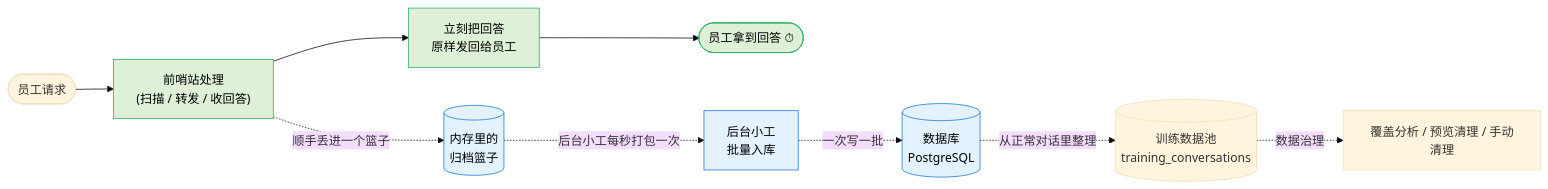
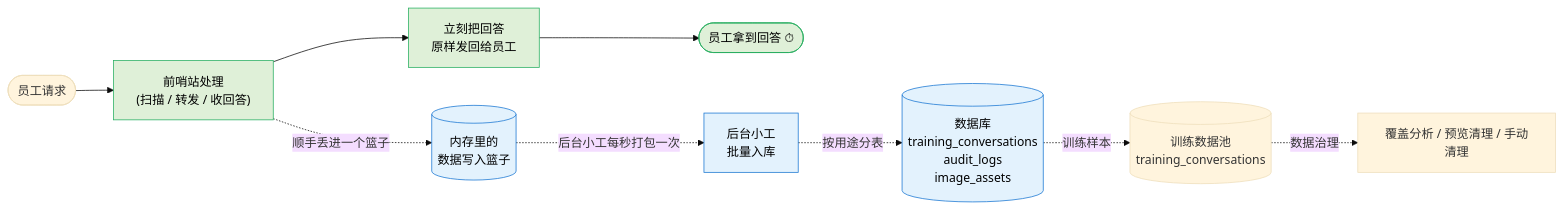
The diagram in 产品研发控制/科普流程图/S7_数据是怎么存下来的.md (WarwickSong/NF-SafetyHub), drawn with Mermaid (base theme) before and after one commit. The commit also changed other lines of this file and 39 other files, not shown here.

````diff
--- a/产品研发控制/科普流程图/S7_数据是怎么存下来的.md
+++ b/产品研发控制/科普流程图/S7_数据是怎么存下来的.md
@@ -5,18 +5,18 @@
 ```mermaid
 flowchart LR
     User(["员工请求"])
     User --> Hub["前哨站处理<br/>(扫描 / 转发 / 收回答)"]
     Hub --> Quick["立刻把回答<br/>原样发回给员工"]
     Quick --> Done(["员工拿到回答 ⏱"])
 
-    Hub -. "顺手丢进一个篮子" .-> Basket[("内存里的<br/>归档篮子")]
+    Hub -. "顺手丢进一个篮子" .-> Basket[("内存里的<br/>数据写入篮子")]
     Basket -. "后台小工每秒打包一次" .-> Worker["后台小工<br/>批量入库"]
-    Worker -. "一次写一批" .-> DB[("数据库<br/>PostgreSQL")]
-    DB -. "从正常对话里整理" .-> Train[("训练数据池<br/>training_conversations")]
+    Worker -. "按用途分表" .-> DB[("数据库<br/>training_conversations<br/>audit_logs<br/>image_assets")]
+    DB -. "训练样本" .-> Train[("训练数据池<br/>training_conversations")]
     Train -. "数据治理" .-> Clean["覆盖分析 / 预览清理 / 手动清理"]
 
     classDef fast fill:#dff0d8,stroke:#27ae60,color:#000
     classDef slow fill:#e3f2fd,stroke:#1976d2,color:#000
     class Hub,Quick,Done fast
     class Basket,Worker,DB slow
 ```
````
